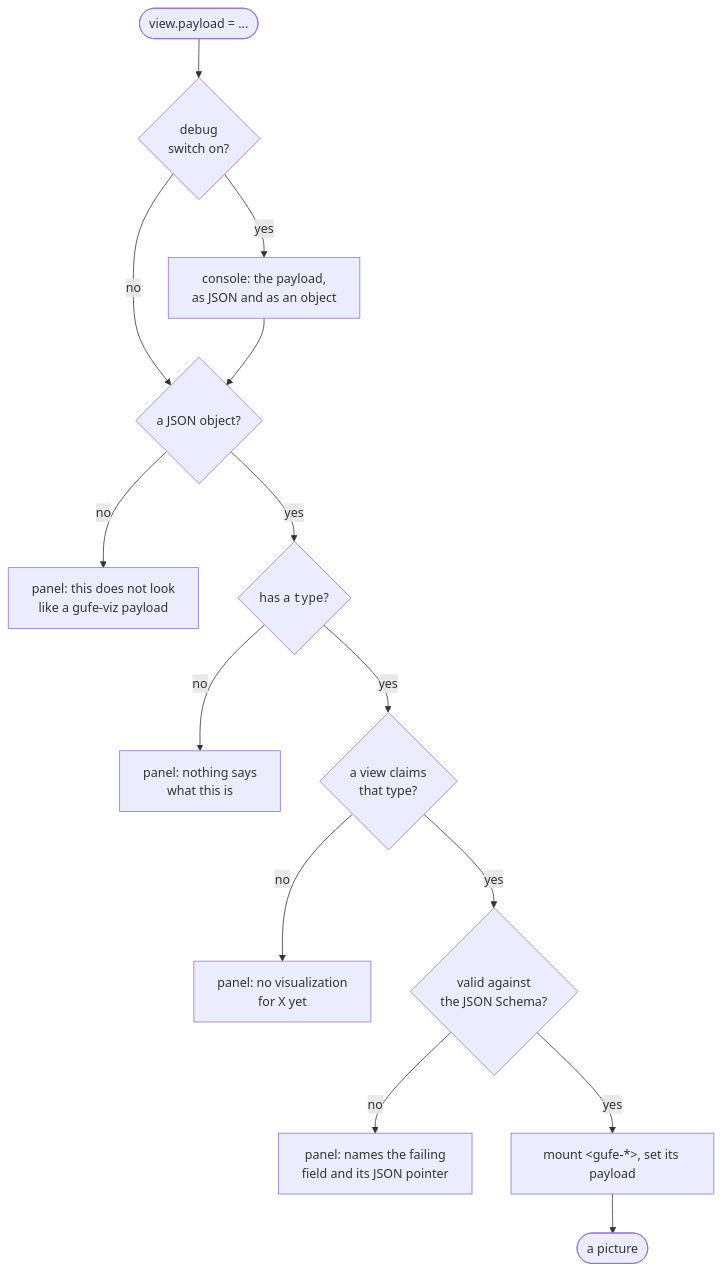
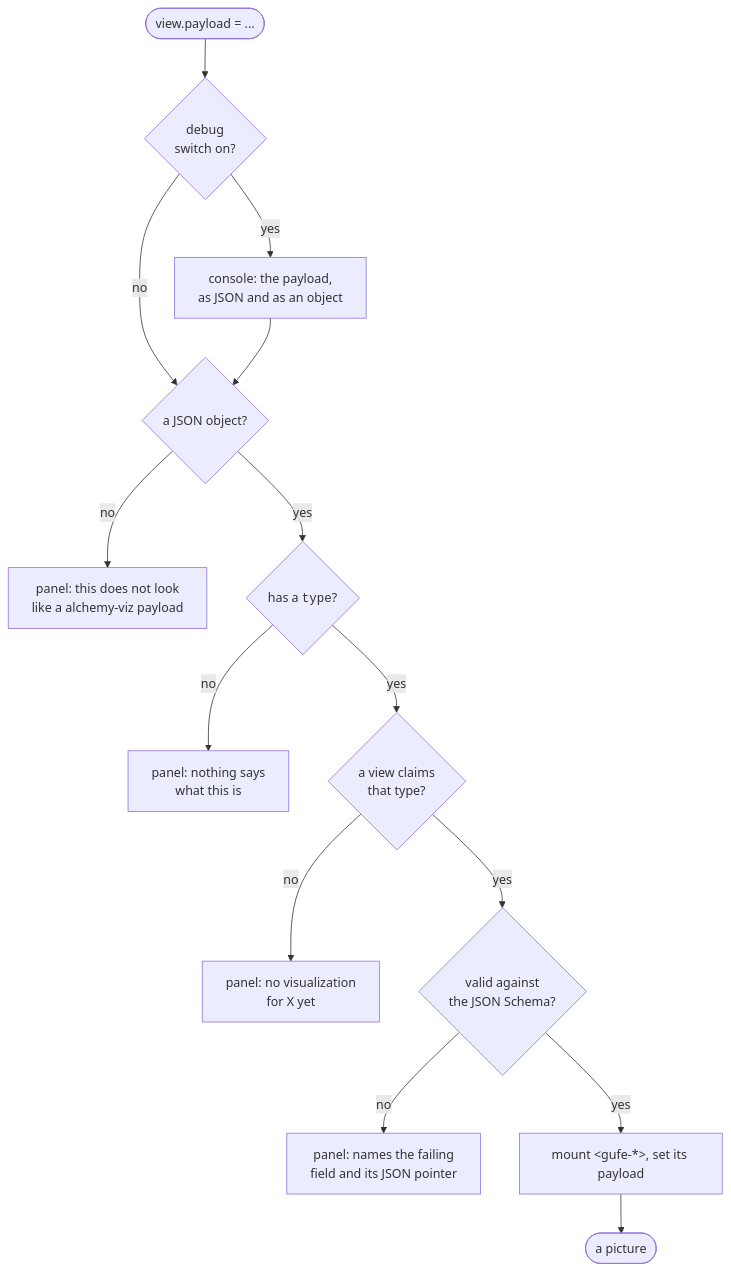
One commit to omsf-eco-infra/alchemy-viz changed the second of 3 diagrams in README.md. Above: the diagram before and after it, drawn with Mermaid. The commit also changed other lines of this file and 81 other files, not shown here.

````diff
--- a/README.md
+++ b/README.md
@@ -314,16 +314,16 @@
 ```mermaid
 flowchart TD
   arrive(["view.payload = ..."]) --> dbg{"debug<br/>switch on?"}
   dbg -->|yes| console["console: the payload,<br/>as JSON and as an object"]
   dbg -->|no| isobj{"a JSON object?"}
   console --> isobj
-  isobj -->|no| p1["panel: this does not look<br/>like a gufe-viz payload"]
+  isobj -->|no| p1["panel: this does not look<br/>like a alchemy-viz payload"]
   isobj -->|yes| hastype{"has a <code>type</code>?"}
   hastype -->|no| p3["panel: nothing says<br/>what this is"]
   hastype -->|yes| hasview{"a view claims<br/>that type?"}
   hasview -->|no| p4["panel: no visualization<br/>for X yet"]
   hasview -->|yes| valid{"valid against<br/>the JSON Schema?"}
   valid -->|no| p5["panel: names the failing<br/>field and its JSON pointer"]
   valid -->|yes| mount["mount &lt;gufe-*&gt;, set its payload"]
   mount --> draw(["a picture"])
 ```
````
